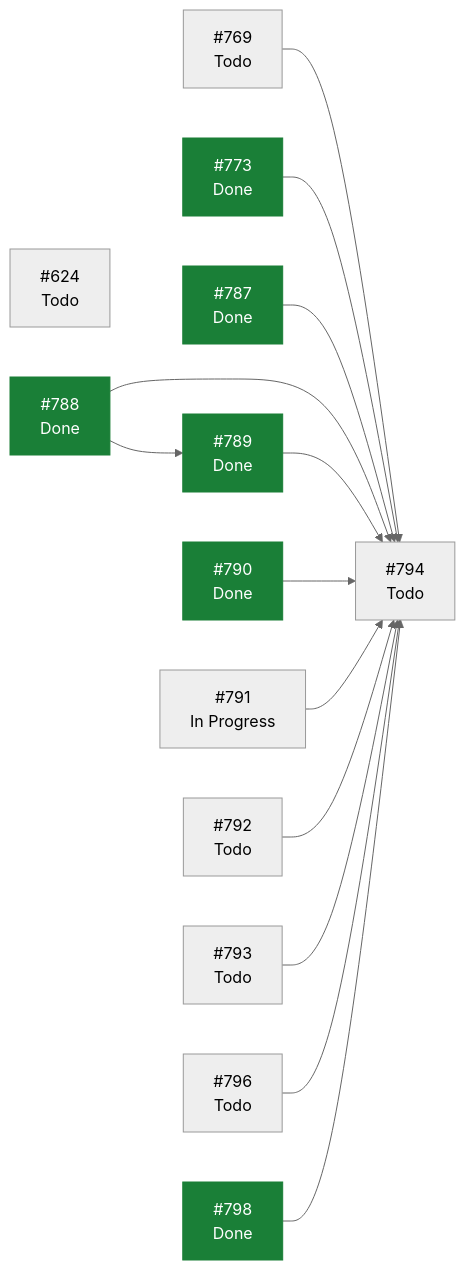
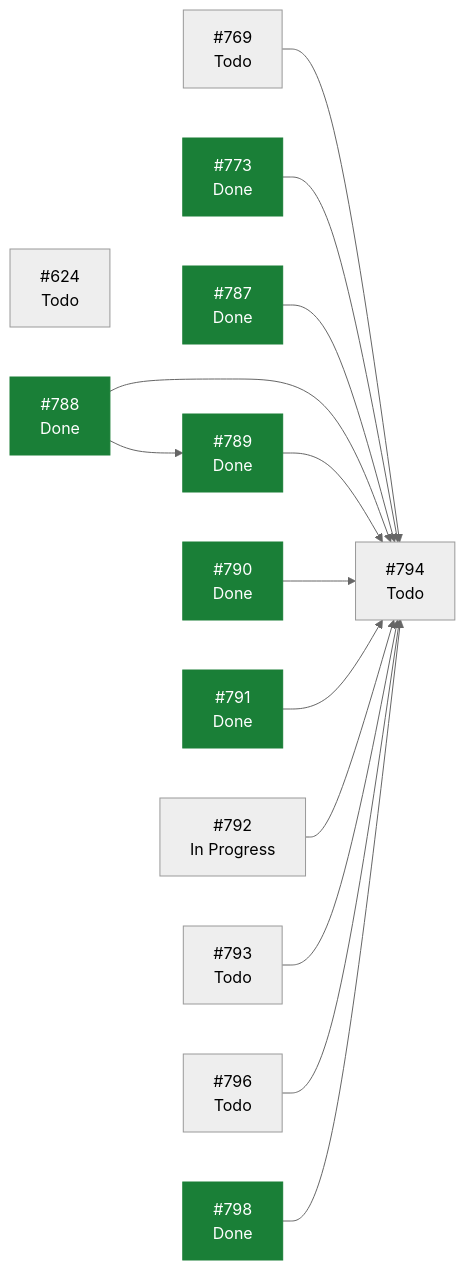
Before and after one commit to ecamp0s/evault: the diagram in docs/planning/STATUS.md, drawn with Mermaid (neutral theme). The commit also changed other lines of this file, not shown here.

````diff
--- a/docs/planning/STATUS.md
+++ b/docs/planning/STATUS.md
@@ -94,30 +93,30 @@
 ```mermaid
 graph LR
   I624["#624<br/>Todo"]
   I769["#769<br/>Todo"]
   I773["#773<br/>Done"]
   I787["#787<br/>Done"]
   I788["#788<br/>Done"]
   I789["#789<br/>Done"]
   I790["#790<br/>Done"]
-  I791["#791<br/>In Progress"]
-  I792["#792<br/>Todo"]
+  I791["#791<br/>Done"]
+  I792["#792<br/>In Progress"]
   I793["#793<br/>Todo"]
   I794["#794<br/>Todo"]
   I796["#796<br/>Todo"]
   I798["#798<br/>Done"]
   I769 --> I794
   I773 --> I794
   I787 --> I794
   I788 --> I789
   I788 --> I794
   I789 --> I794
   I790 --> I794
   I791 --> I794
   I792 --> I794
   I793 --> I794
   I796 --> I794
   I798 --> I794
   classDef hecho fill:#1a7f37,stroke:#1a7f37,color:#fff;
-  class I773,I787,I788,I789,I790,I798 hecho;
+  class I773,I787,I788,I789,I790,I791,I798 hecho;
 ```
````
